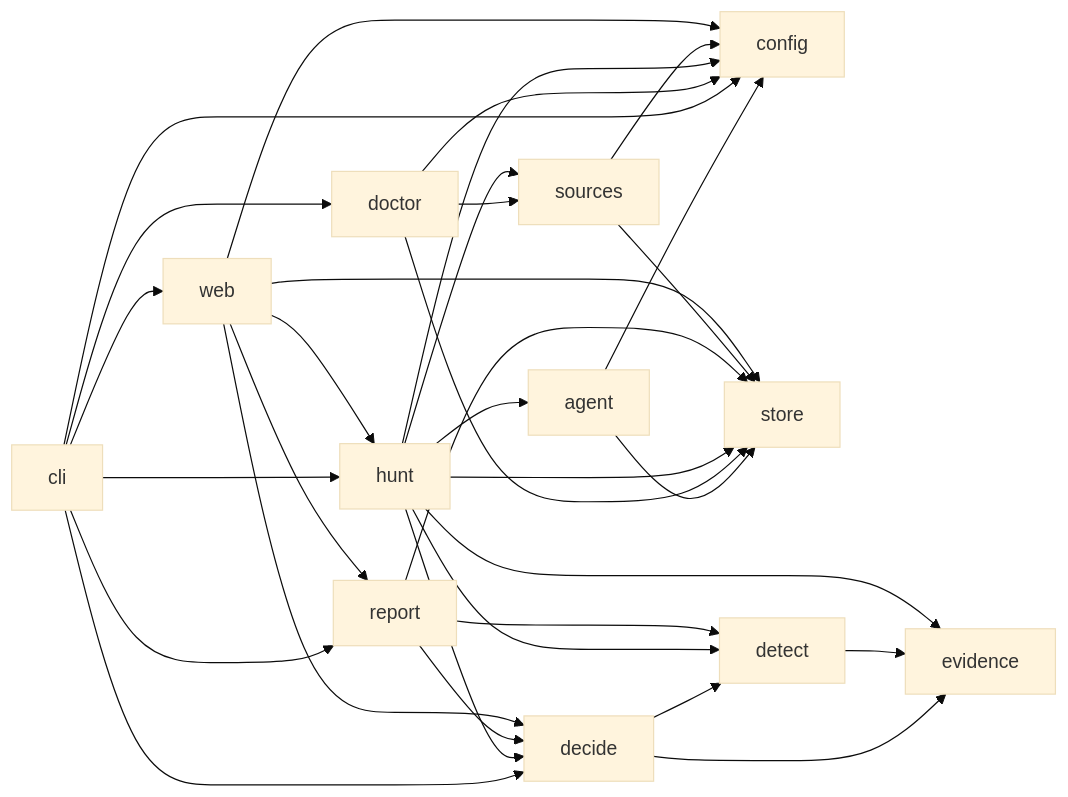
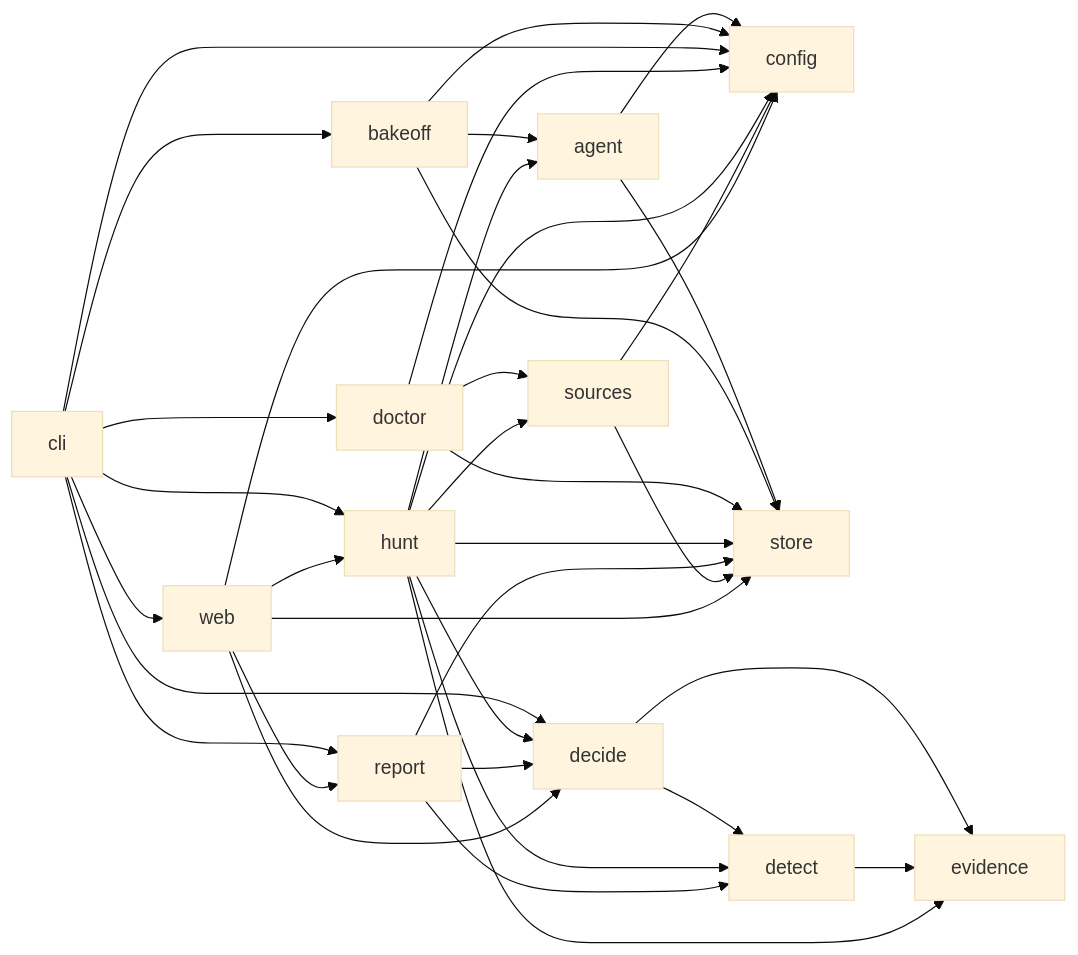
One commit to nickthabib-cloud/ROMULUS changed the diagram in docs/architecture/MODULE_MAP.md. Above: the diagram before and after it, drawn with Mermaid (base theme). The commit also changed other lines of this file and 11 other files, not shown here.

````diff
--- a/docs/architecture/MODULE_MAP.md
+++ b/docs/architecture/MODULE_MAP.md
@@ -62,34 +65,38 @@
 ```mermaid
 graph LR
   agent --> config
   agent --> store
+  bakeoff --> agent
+  bakeoff --> config
+  bakeoff --> store
+  cli --> bakeoff
   cli --> config
   cli --> decide
   cli --> doctor
   cli --> hunt
   cli --> report
   cli --> web
   decide --> detect
   decide --> evidence
   detect --> evidence
   doctor --> config
   doctor --> sources
   doctor --> store
   hunt --> agent
   hunt --> config
   hunt --> decide
   hunt --> detect
   hunt --> evidence
   hunt --> sources
   hunt --> store
   report --> decide
   report --> detect
   report --> store
   sources --> config
   sources --> store
   web --> config
   web --> decide
   web --> hunt
   web --> report
   web --> store
 ```
````
